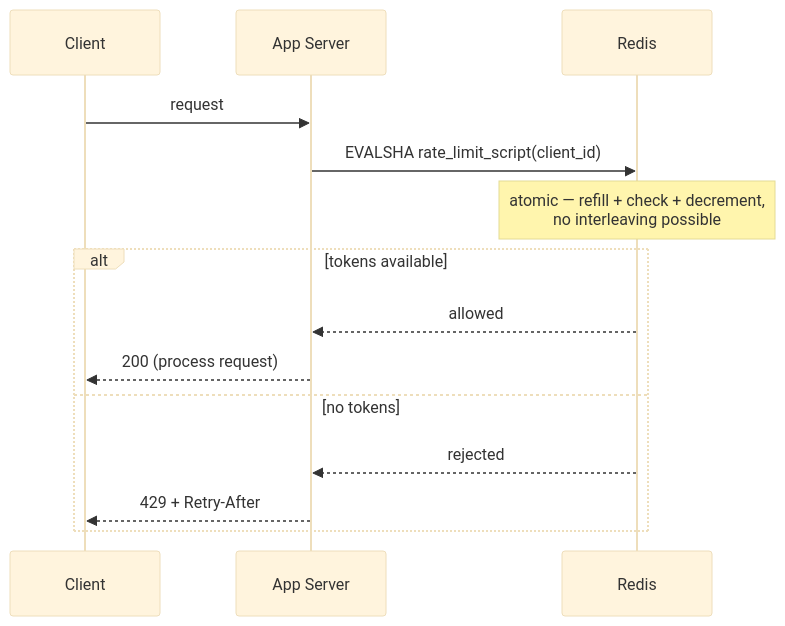
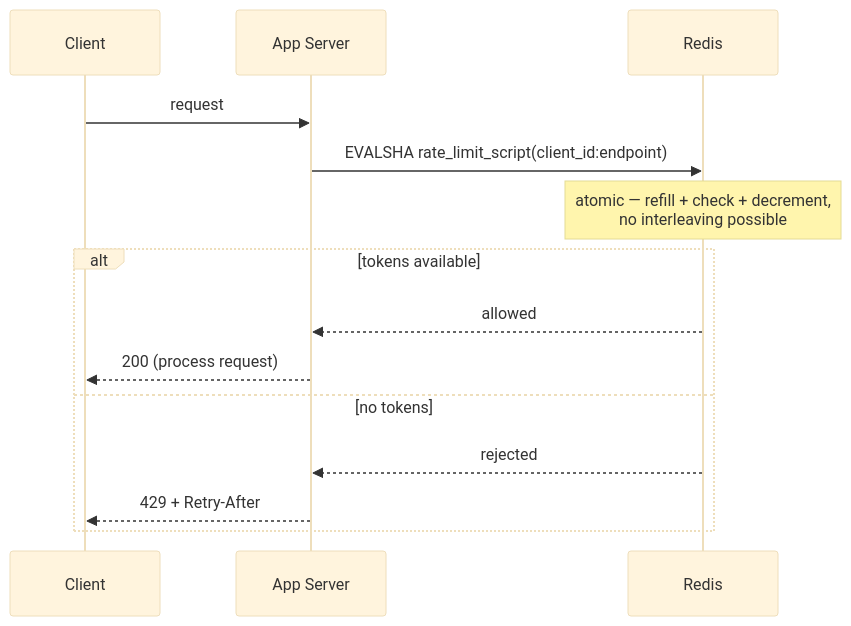
Before and after one commit to tarosh3/obsidian: the fourth of 4 diagrams in System Design/HLD/02 - Design a Rate Limiter/Design a Rate Limiter.md, drawn with Mermaid (base theme). The commit also changed other lines of this file and 30 other files, not shown here.

````diff
--- a/System Design/HLD/02 - Design a Rate Limiter/Design a Rate Limiter.md
+++ b/System Design/HLD/02 - Design a Rate Limiter/Design a Rate Limiter.md
@@ -98,17 +200,17 @@
 ```mermaid
 sequenceDiagram
     participant C as Client
     participant A as App Server
     participant R as Redis
 
     C->>A: request
-    A->>R: EVALSHA rate_limit_script(client_id)
+    A->>R: EVALSHA rate_limit_script(client_id:endpoint)
     Note over R: atomic — refill + check + decrement,<br/>no interleaving possible
     alt tokens available
         R-->>A: allowed
         A-->>C: 200 (process request)
     else no tokens
         R-->>A: rejected
         A-->>C: 429 + Retry-After
     end
 ```
````
